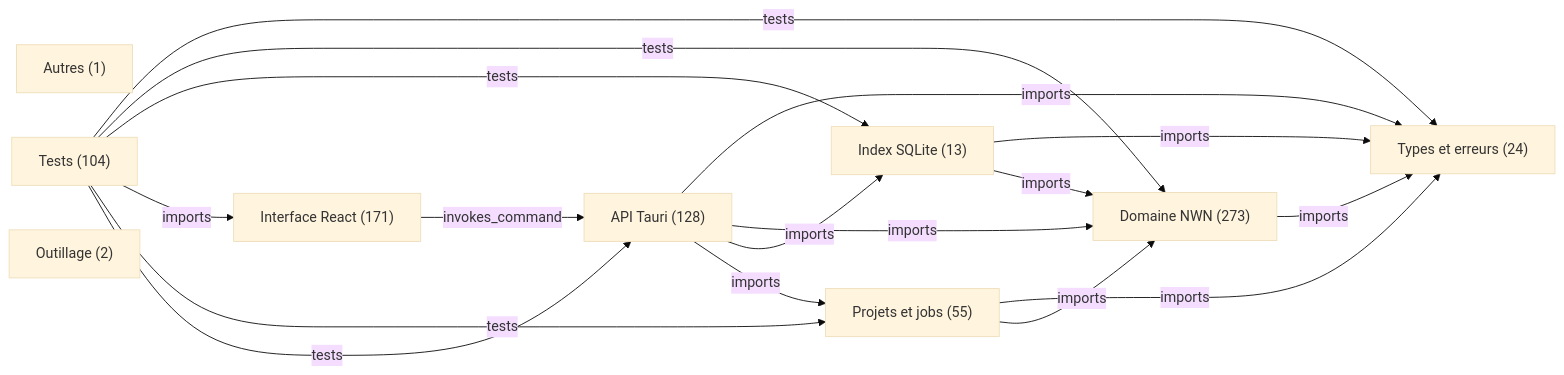
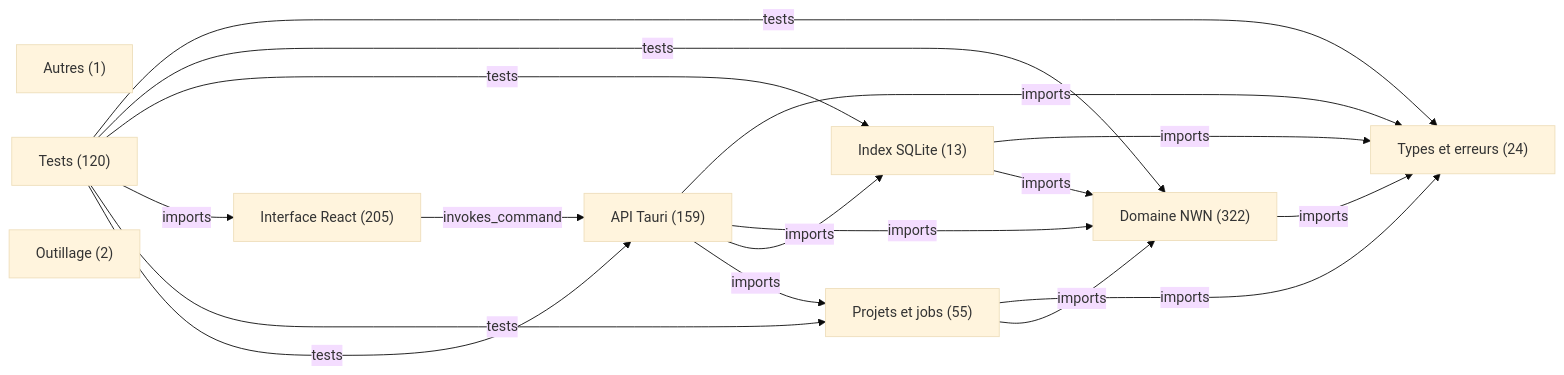
Before and after one commit to Karenax/OpenNever_Forge: the diagram in docs/architecture/overview.mmd, drawn with Mermaid (base theme). The commit also changed 33 other files, not shown here.

```diff
--- a/docs/architecture/overview.mmd
+++ b/docs/architecture/overview.mmd
@@ -1,26 +1,26 @@
 flowchart LR
   layer_0["Types et erreurs (24)"]
-  layer_1["Domaine NWN (273)"]
+  layer_1["Domaine NWN (322)"]
   layer_2["Index SQLite (13)"]
-  layer_3["Interface React (171)"]
+  layer_3["Interface React (205)"]
   layer_4["Autres (1)"]
   layer_5["Projets et jobs (55)"]
-  layer_6["API Tauri (128)"]
-  layer_7["Tests (104)"]
+  layer_6["API Tauri (159)"]
+  layer_7["Tests (120)"]
   layer_8["Outillage (2)"]
   layer_1 -->|"imports"| layer_0
   layer_2 -->|"imports"| layer_0
   layer_2 -->|"imports"| layer_1
   layer_3 -->|"invokes_command"| layer_6
   layer_5 -->|"imports"| layer_0
   layer_5 -->|"imports"| layer_1
   layer_6 -->|"imports"| layer_0
   layer_6 -->|"imports"| layer_1
   layer_6 -->|"imports"| layer_2
   layer_6 -->|"imports"| layer_5
   layer_7 -->|"tests"| layer_0
   layer_7 -->|"tests"| layer_1
   layer_7 -->|"tests"| layer_2
   layer_7 -->|"imports"| layer_3
   layer_7 -->|"tests"| layer_5
   layer_7 -->|"tests"| layer_6
```
